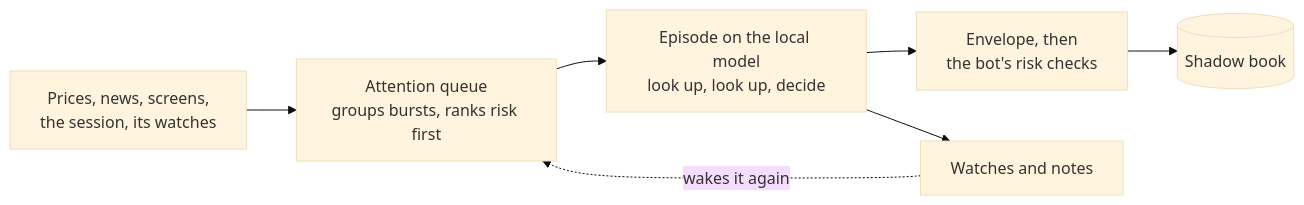
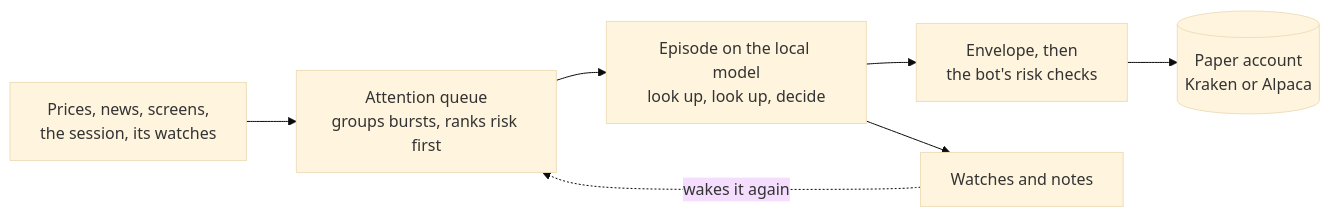
Before and after one commit to colinfran/marketbots: the first of 2 diagrams in README.md, drawn with Mermaid (base theme). The commit also changed other lines of this file and 3 other files, not shown here.

````diff
--- a/README.md
+++ b/README.md
@@ -19,13 +18,13 @@
 ```mermaid
 flowchart LR
     signals[Prices, news, screens,<br/>the session, its watches]
     queue[Attention queue<br/>groups bursts, ranks risk first]
     episode[Episode on the local model<br/>look up, look up, decide]
     checks[Envelope, then<br/>the bot's risk checks]
-    shadow[(Shadow book)]
+    account[(Paper account<br/>Kraken or Alpaca)]
     memory[Watches and notes]
 
-    signals --> queue --> episode --> checks --> shadow
+    signals --> queue --> episode --> checks --> account
     episode --> memory
     memory -.->|wakes it again| queue
 ```
````
